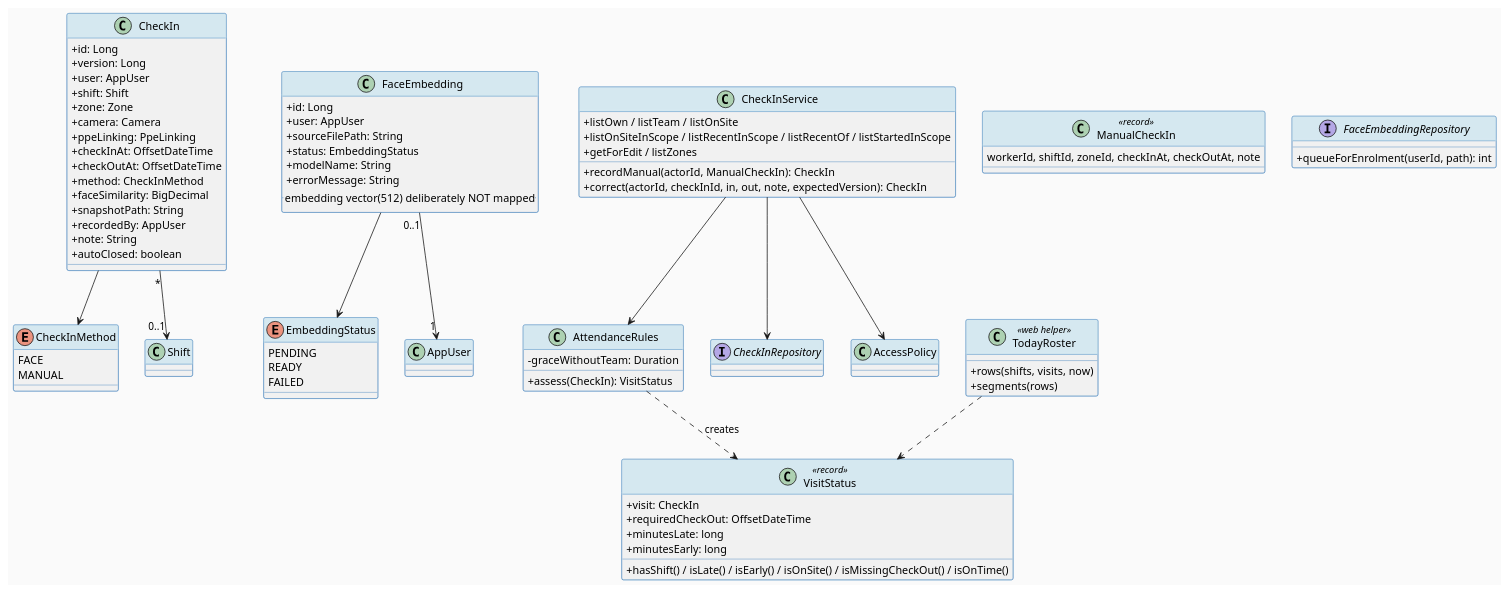
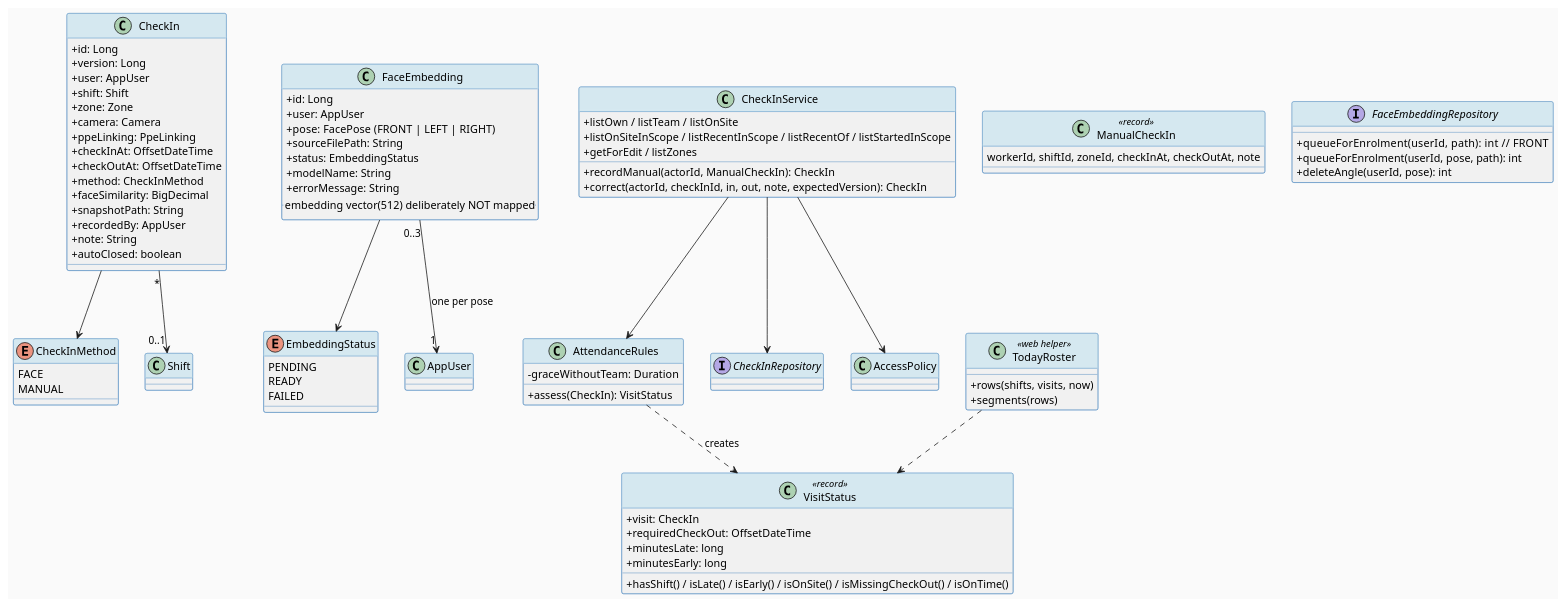
One commit to OwOchiii/steelsight_erp changed the first of 5 diagrams in 03_implement/STEELSIGHT-ATT-IMP-001_TDS.md. Above: the diagram before and after it, drawn with PlantUML. The commit also changed other lines of this file and 172 other files, not shown here.

```diff
--- a/03_implement/STEELSIGHT-ATT-IMP-001_TDS.md
+++ b/03_implement/STEELSIGHT-ATT-IMP-001_TDS.md
@@ -172,6 +173,7 @@
 class FaceEmbedding {
   + id: Long
   + user: AppUser
+  + pose: FacePose  (FRONT | LEFT | RIGHT)
   + sourceFilePath: String
   + status: EmbeddingStatus
   + modelName: String
@@ -212,13 +214,15 @@
 
 interface CheckInRepository
 interface FaceEmbeddingRepository {
-  + queueForEnrolment(userId, path): int
+  + queueForEnrolment(userId, path): int    // FRONT
+  + queueForEnrolment(userId, pose, path): int
+  + deleteAngle(userId, pose): int
 }
 
 CheckIn --> CheckInMethod
 FaceEmbedding --> EmbeddingStatus
 CheckIn "*" --> "0..1" Shift
-FaceEmbedding "0..1" --> "1" AppUser
+FaceEmbedding "0..3" --> "1" AppUser : one per pose
 CheckInService --> AccessPolicy
 CheckInService --> CheckInRepository
 CheckInService --> AttendanceRules
```
